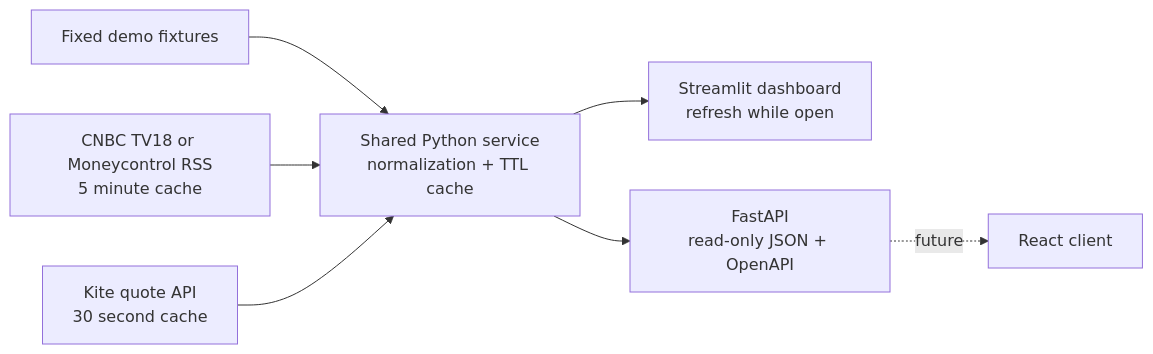
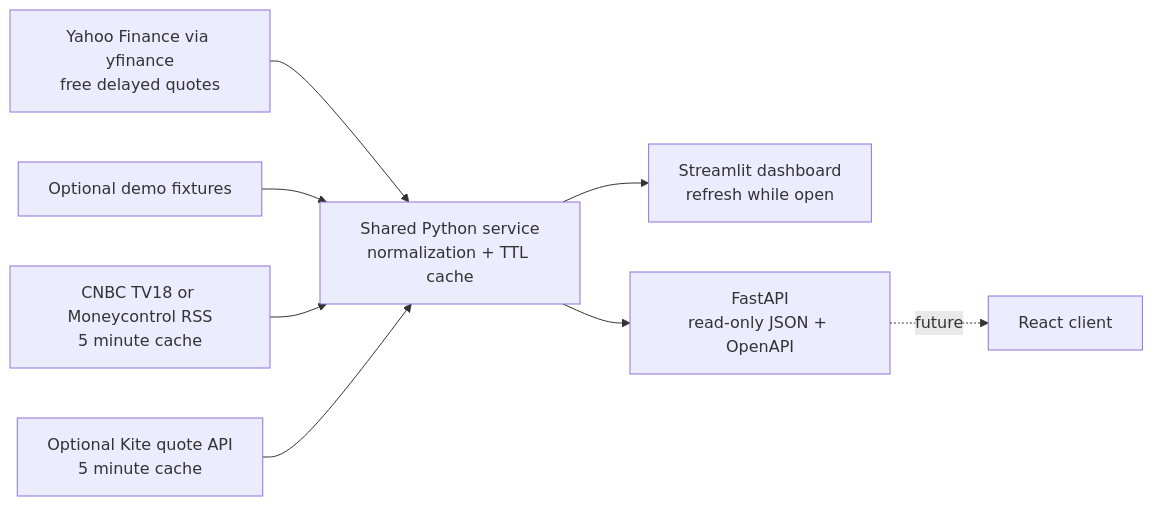
The first of 2 diagrams in README.md (Saisharath123/market_intel), drawn with Mermaid before and after one commit. The commit also changed other lines of this file and 6 other files, not shown here.

Commit message:
Replace default demo prices with free Yahoo Indian market quotes

````diff
--- a/README.md
+++ b/README.md
@@ -63,9 +66,10 @@
 ```mermaid
 flowchart LR
-    D[Fixed demo fixtures] --> S[Shared Python service\nnormalization + TTL cache]
+    Y[Yahoo Finance via yfinance\nfree delayed quotes] --> S[Shared Python service\nnormalization + TTL cache]
+    D[Optional demo fixtures] --> S
     M[CNBC TV18 or Moneycontrol RSS\n5 minute cache] --> S
-    K[Kite quote API\n30 second cache] --> S
+    K[Optional Kite quote API\n5 minute cache] --> S
     S --> U[Streamlit dashboard\nrefresh while open]
     S --> A[FastAPI\nread-only JSON + OpenAPI]
     A -. future .-> R[React client]
 ```
````
